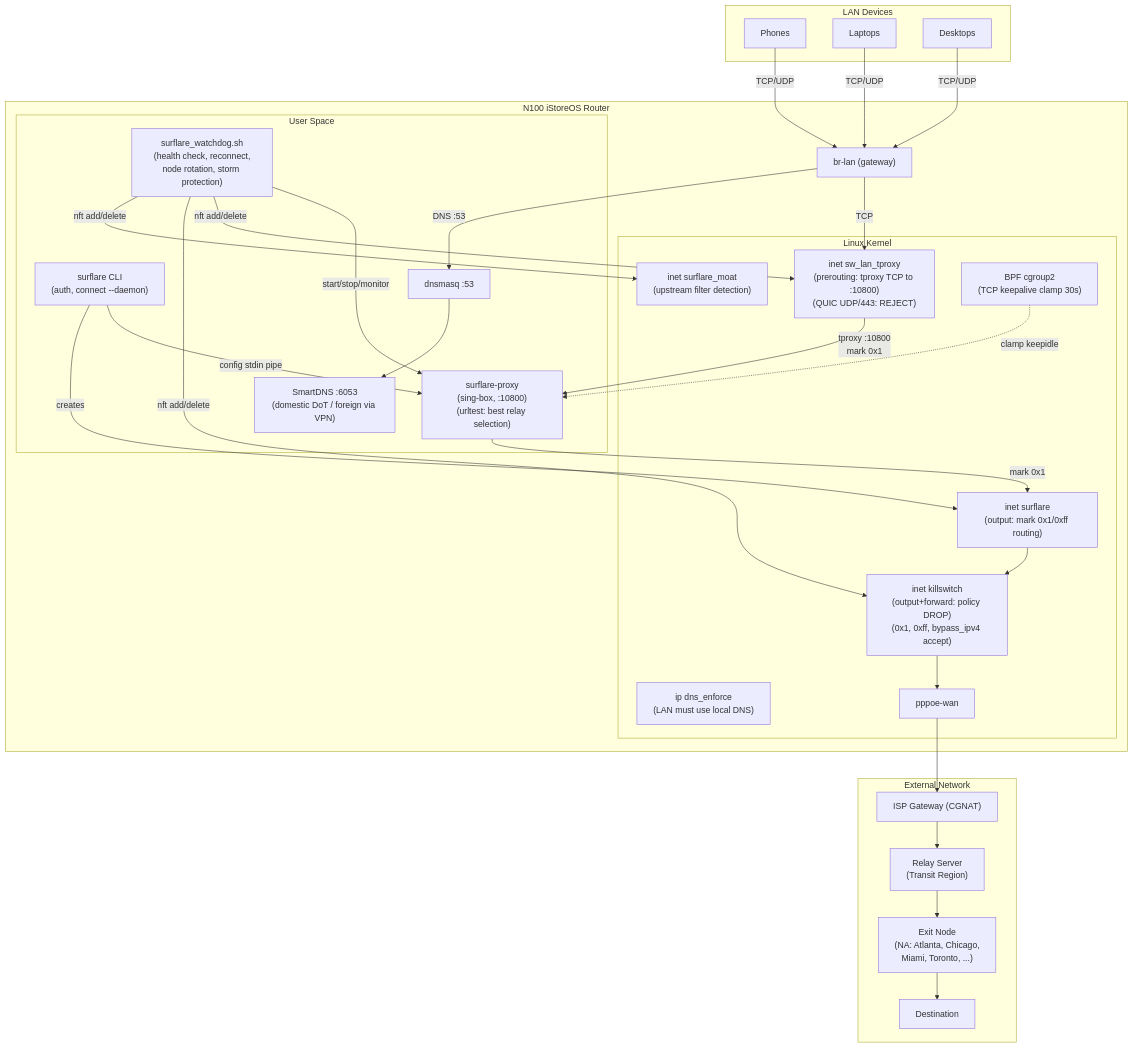
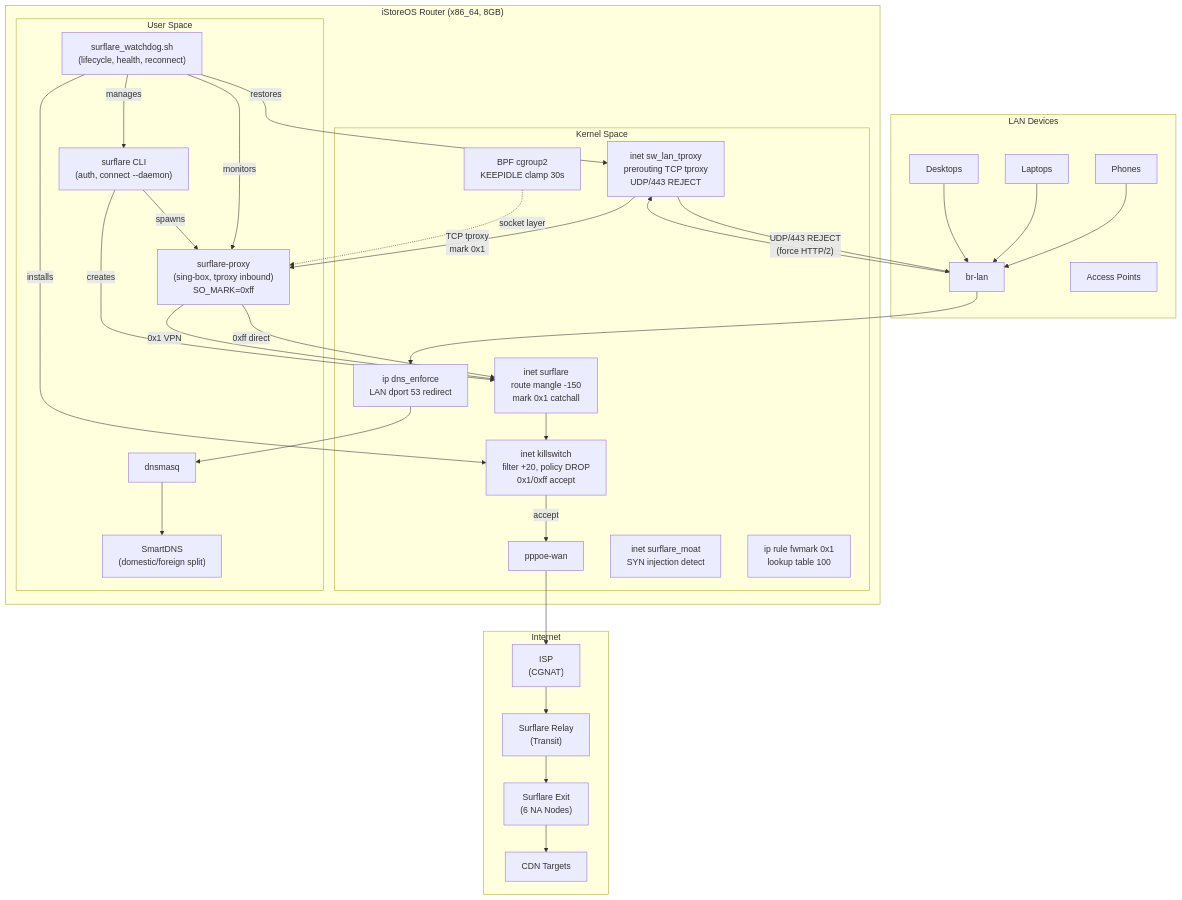
Before and after one commit to HouMinXi/surflare-watchdog: the first of 5 diagrams in README.md, drawn with Mermaid. The commit also changed other lines of this file, not shown here.

First line of the commit message:
update architecture diagrams in README

````diff
--- a/README.md
+++ b/README.md
@@ -11,52 +11,63 @@
 ```mermaid
 graph TB
-    subgraph Internet["External Network"]
-        DEST["Destination"]
-        EXIT["Exit Node<br/>(NA: Atlanta, Chicago,<br/>Miami, Toronto, ...)"]
-        RELAY["Relay Server<br/>(Transit Region)"]
-        ISP_GW["ISP Gateway (CGNAT)"]
+    subgraph Internet["Internet"]
+        ISP["ISP<br/>(CGNAT)"]
+        Relay["Surflare Relay<br/>(Transit)"]
+        Exit["Surflare Exit<br/>(6 NA Nodes)"]
+        CDN["CDN Targets"]
     end
 
-    subgraph N100["N100 iStoreOS Router"]
-        subgraph Kernel["Linux Kernel"]
-            NFT_TPROXY["inet sw_lan_tproxy<br/>(prerouting: tproxy TCP to :10800)<br/>(QUIC UDP/443: REJECT)"]
-            NFT_SURFLARE["inet surflare<br/>(output: mark 0x1/0xff routing)"]
-            NFT_KS["inet killswitch<br/>(output+forward: policy DROP)<br/>(0x1, 0xff, bypass_ipv4 accept)"]
-            NFT_MOAT["inet surflare_moat<br/>(upstream filter detection)"]
-            NFT_DNS["ip dns_enforce<br/>(LAN must use local DNS)"]
-            BPF["BPF cgroup2<br/>(TCP keepalive clamp 30s)"]
-            PPPOE["pppoe-wan"]
+    subgraph N100["iStoreOS Router (x86_64, 8GB)"]
+        subgraph KernelSpace["Kernel Space"]
+            PPPoE["pppoe-wan"]
+            NFT_KS["inet killswitch<br/>filter +20, policy DROP<br/>0x1/0xff accept"]
+            NFT_SF["inet surflare<br/>route mangle -150<br/>mark 0x1 catchall"]
+            NFT_TP["inet sw_lan_tproxy<br/>prerouting TCP tproxy<br/>UDP/443 REJECT"]
+            NFT_DNS["ip dns_enforce<br/>LAN dport 53 redirect"]
+            NFT_MOAT["inet surflare_moat<br/>SYN injection detect"]
+            IPRULE["ip rule fwmark 0x1<br/>lookup table 100"]
+            BPF["BPF cgroup2<br/>KEEPIDLE clamp 30s"]
         end
 
-        subgraph Userspace["User Space"]
-            WD["surflare_watchdog.sh<br/>(health check, reconnect,<br/>node rotation, storm protection)"]
-            PROXY["surflare-proxy<br/>(sing-box, :10800)<br/>(urltest: best relay selection)"]
+        subgraph UserSpace["User Space"]
+            WD["surflare_watchdog.sh<br/>(lifecycle, health, reconnect)"]
+            PROXY["surflare-proxy<br/>(sing-box, tproxy inbound)<br/>SO_MARK=0xff"]
             CLI["surflare CLI<br/>(auth, connect --daemon)"]
-            DNSMASQ["dnsmasq :53"]
-            SMARTDNS["SmartDNS :6053<br/>(domestic DoT / foreign via VPN)"]
+            SDNS["SmartDNS<br/>(domestic/foreign split)"]
+            DNSMASQ["dnsmasq"]
         end
-
-        BRLAN["br-lan (gateway)"]
     end
 
     subgraph LAN["LAN Devices"]
-        PHONE["Phones"]
-        MAC["Laptops"]
-        WIN["Desktops"]
+        BRLAN["br-lan"]
+        Phones["Phones"]
+        Laptops["Laptops"]
+        Desktop["Desktops"]
+        APs["Access Points"]
     end
 
-    PHONE & MAC & WIN -->|TCP/UDP| BRLAN
-    BRLAN -->|TCP| NFT_TPROXY
-    NFT_TPROXY -->|"tproxy :10800<br/>mark 0x1"| PROXY
-    PROXY -->|"mark 0x1"| NFT_SURFLARE
-    NFT_SURFLARE --> NFT_KS
-    NFT_KS --> PPPOE
-    PPPOE --> ISP_GW --> RELAY --> EXIT --> DEST
+    Phones & Laptops & Desktop --> BRLAN
+    BRLAN --> NFT_TP
+    NFT_TP -->|"TCP tproxy<br/>mark 0x1"| PROXY
+    NFT_TP -->|"UDP/443 REJECT<br/>(force HTTP/2)"| BRLAN
+    PROXY -->|"0xff direct"| NFT_SF
+    PROXY -->|"0x1 VPN"| NFT_SF
+    NFT_SF --> NFT_KS
+    NFT_KS -->|"accept"| PPPoE
+    PPPoE --> ISP
+    ISP --> Relay
+    Relay --> Exit
+    Exit --> CDN
 
-    WD -->|"start/stop/monitor"| PROXY
-    WD -->|"nft add/delete"| NFT_TPROXY & NFT_KS & NFT_MOAT
-    CLI -->|"config stdin pipe"| PROXY
-    CLI -->|"creates"| NFT_SURFLARE
-    BRLAN -->|DNS :53| DNSMASQ --> SMARTDNS
-    BPF -.->|"clamp keepidle"| PROXY
+    WD -->|"manages"| CLI
+    WD -->|"monitors"| PROXY
+    WD -->|"installs"| NFT_KS
+    WD -->|"restores"| NFT_TP
+    CLI -->|"creates"| NFT_SF
+    CLI -->|"spawns"| PROXY
+
+    BRLAN --> NFT_DNS
+    NFT_DNS --> DNSMASQ
+    DNSMASQ --> SDNS
+    BPF -.->|"socket layer"| PROXY
 ```
````
